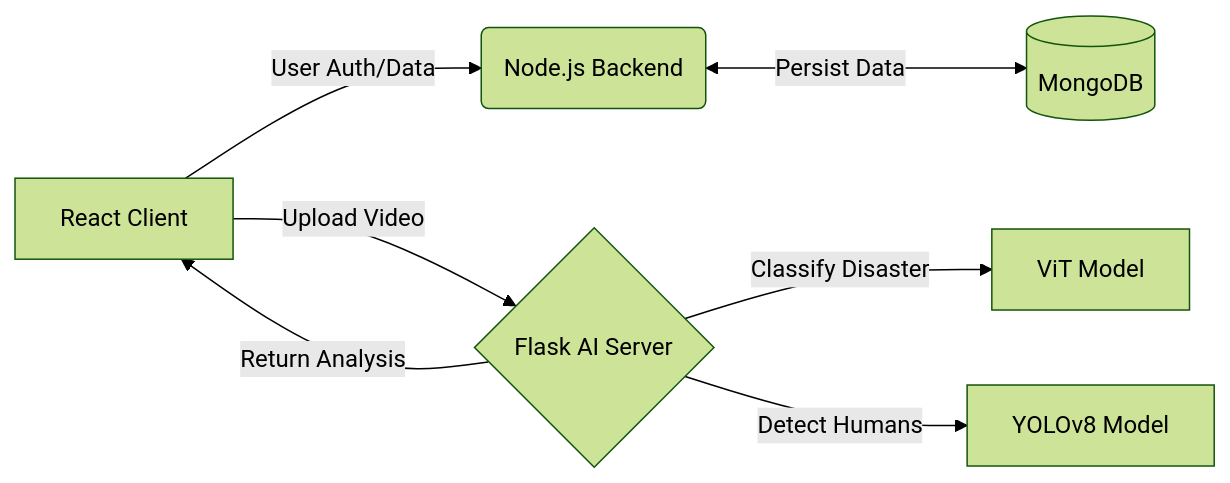
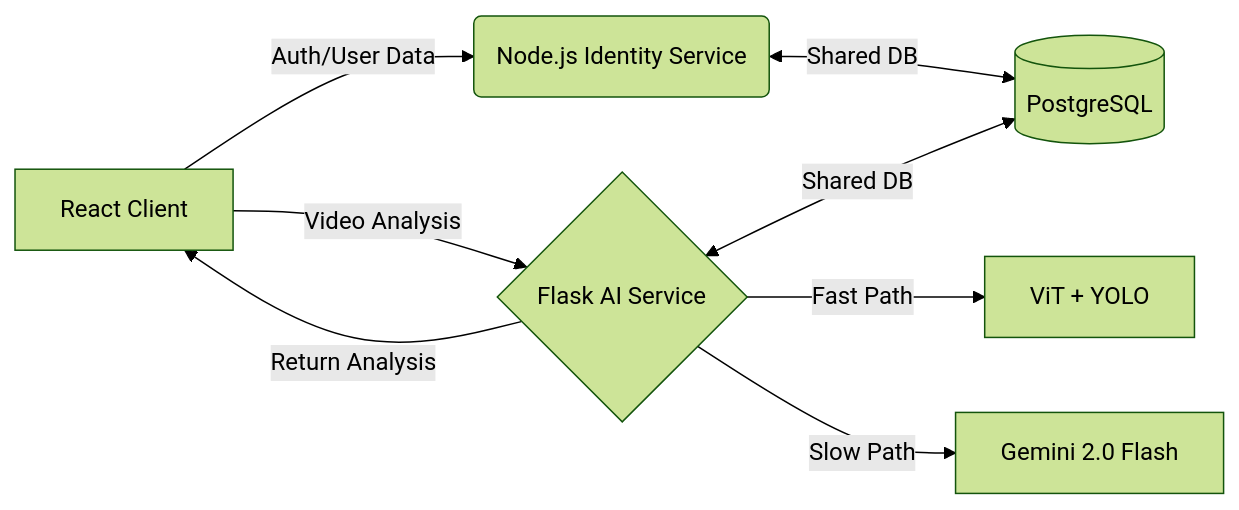
Before and after one commit to harshit-singhania/threatsenseai: the diagram in README.md, drawn with Mermaid (forest theme). The commit also changed other lines of this file and 58 other files, not shown here.

````diff
--- a/README.md
+++ b/README.md
@@ -24,10 +26,10 @@
 ```mermaid
 graph LR
-    A[React Client] -->|User Auth/Data| B(Node.js Backend)
-    A -->|Upload Video| C{Flask AI Server}
-    B <-->|Persist Data| D[(MongoDB)]
-    C -->|Classify Disaster| E[ViT Model]
-    C -->|Detect Humans| F[YOLOv8 Model]
+    A[React Client] -->|Auth/User Data| B(Node.js Identity Service)
+    A -->|Video Analysis| C{Flask AI Service}
+    B <-->|Shared DB| D[(PostgreSQL)]
+    C <-->|Shared DB| D
+    C -->|Fast Path| E[ViT + YOLO]
+    C -->|Slow Path| F[Gemini 2.0 Flash]
     C -->|Return Analysis| A
-
 ```
````
